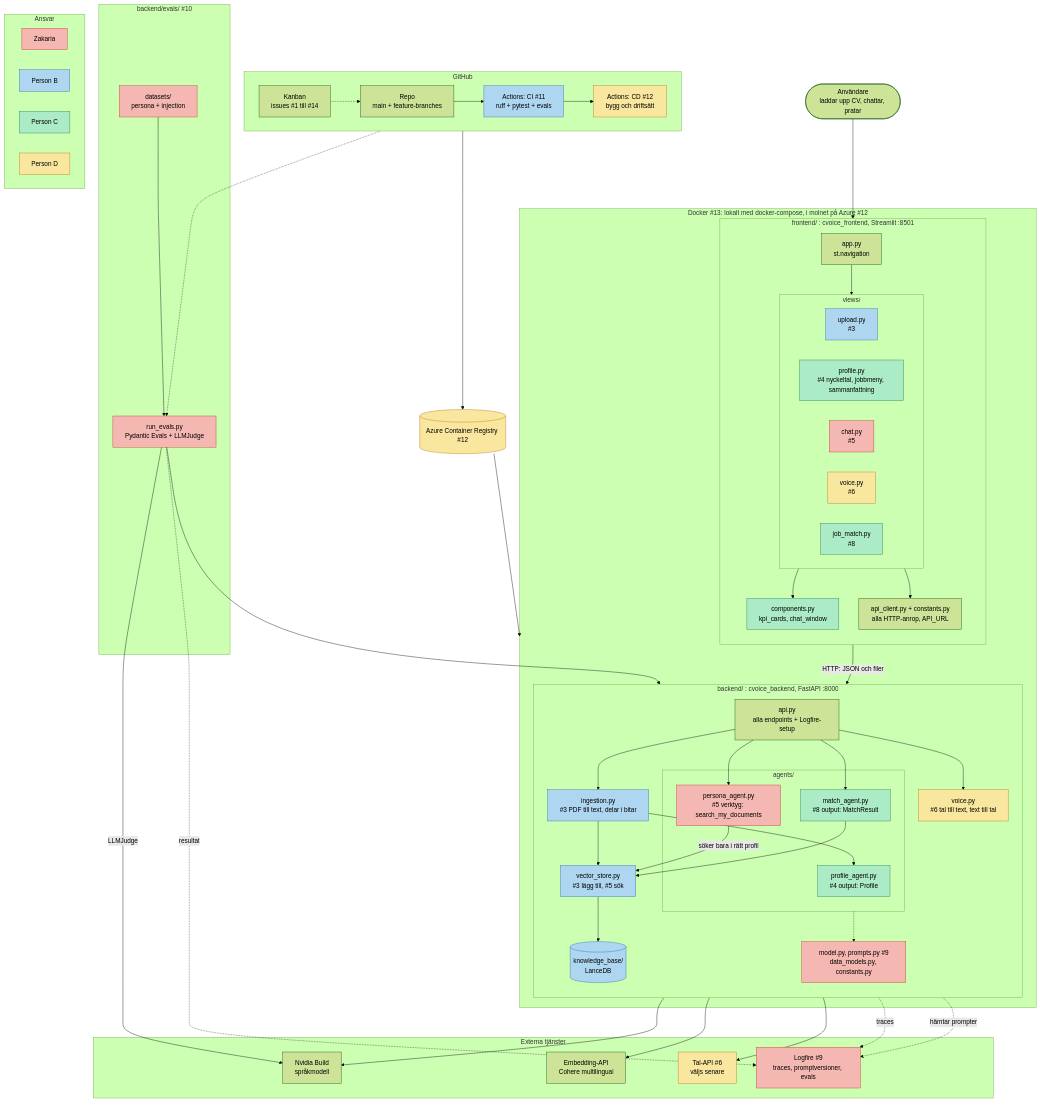
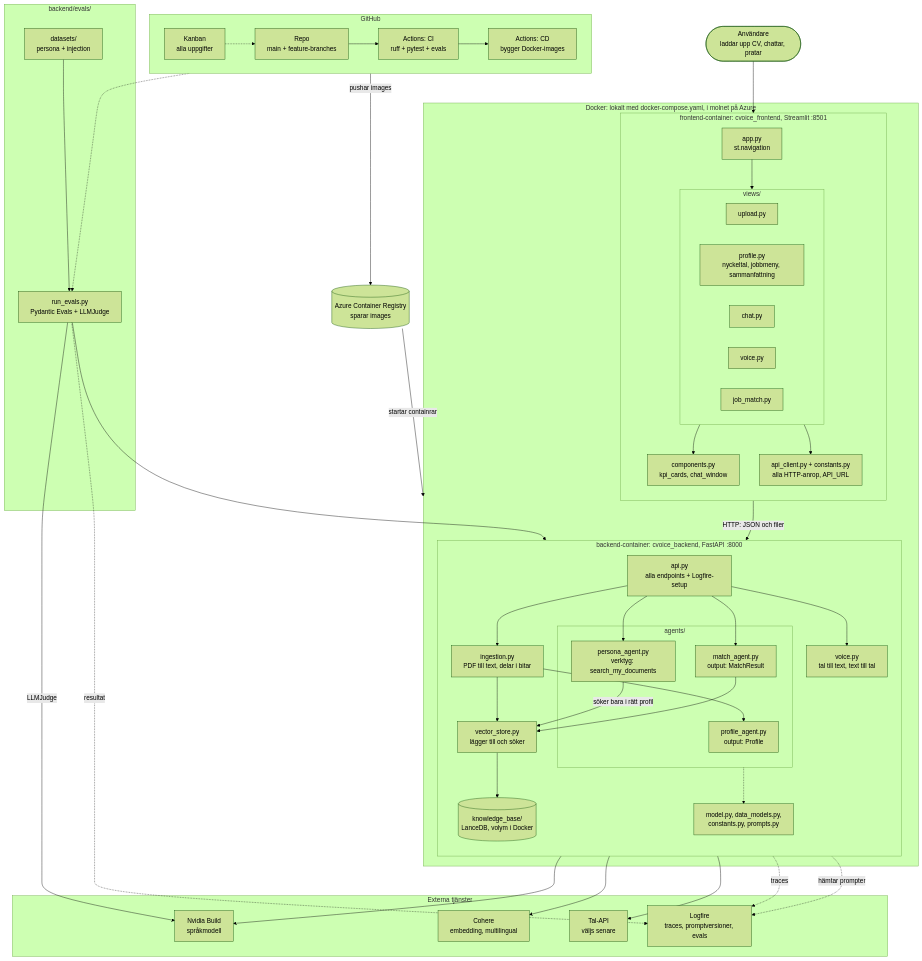
The diagram in docs/architecture/architecture.mmd (Zm-ah/Cvoice_Ai_ops_lab_group6), drawn with Mermaid (forest theme) before and after one commit. The commit also changed 10 other files, not shown here.

Commit message:
Add uv workspace, model, data models and constants

```diff
--- a/docs/architecture/architecture.mmd
+++ b/docs/architecture/architecture.mmd
@@ -1,104 +1,86 @@
 flowchart TB
     user(["Användare<br/>laddar upp CV, chattar, pratar"])
 
     subgraph gh["GitHub"]
         direction LR
-        kanban["Kanban<br/>issues #1 till #14"]
+        kanban["Kanban<br/>alla uppgifter"]
         repo["Repo<br/>main + feature-branches"]
-        ci["Actions: CI #11<br/>ruff + pytest + evals"]
-        cd["Actions: CD #12<br/>bygg och driftsätt"]
+        ci["Actions: CI<br/>ruff + pytest + evals"]
+        cd["Actions: CD<br/>bygger Docker-images"]
         kanban -.-> repo
         repo --> ci --> cd
     end
 
-    acr[("Azure Container Registry #12")]
+    acr[("Azure Container Registry<br/>sparar images")]
 
-    subgraph runtime["Docker #13: lokalt med docker-compose, i molnet på Azure #12"]
-        subgraph fe["frontend/ : cvoice_frontend, Streamlit :8501"]
+    subgraph runtime["Docker: lokalt med docker-compose.yaml, i molnet på Azure"]
+        subgraph fe["frontend-container: cvoice_frontend, Streamlit :8501"]
             direction TB
             app["app.py<br/>st.navigation"]
             subgraph views["views/"]
-                v_upload["upload.py<br/>#3"]
-                v_profile["profile.py<br/>#4 nyckeltal, jobbmeny, sammanfattning"]
-                v_chat["chat.py<br/>#5"]
-                v_voice["voice.py<br/>#6"]
-                v_match["job_match.py<br/>#8"]
+                v_upload["upload.py"]
+                v_profile["profile.py<br/>nyckeltal, jobbmeny, sammanfattning"]
+                v_chat["chat.py"]
+                v_voice["voice.py"]
+                v_match["job_match.py"]
             end
             comps["components.py<br/>kpi_cards, chat_window"]
             client["api_client.py + constants.py<br/>alla HTTP-anrop, API_URL"]
             app --> views
             views --> comps
             views --> client
         end
 
-        subgraph be["backend/ : cvoice_backend, FastAPI :8000"]
+        subgraph be["backend-container: cvoice_backend, FastAPI :8000"]
             direction TB
             api["api.py<br/>alla endpoints + Logfire-setup"]
-            ingest["ingestion.py<br/>#3 PDF till text, delar i bitar"]
+            ingest["ingestion.py<br/>PDF till text, delar i bitar"]
             subgraph agents["agents/"]
-                a_prof["profile_agent.py<br/>#4 output: Profile"]
-                a_pers["persona_agent.py<br/>#5 verktyg: search_my_documents"]
-                a_match["match_agent.py<br/>#8 output: MatchResult"]
+                a_prof["profile_agent.py<br/>output: Profile"]
+                a_pers["persona_agent.py<br/>verktyg: search_my_documents"]
+                a_match["match_agent.py<br/>output: MatchResult"]
             end
-            voicef["voice.py<br/>#6 tal till text, text till tal"]
-            vstore["vector_store.py<br/>#3 lägg till, #5 sök"]
-            shared["model.py, prompts.py #9<br/>data_models.py, constants.py"]
-            lancedb[("knowledge_base/<br/>LanceDB")]
+            voicef["voice.py<br/>tal till text, text till tal"]
+            vstore["vector_store.py<br/>lägger till och söker"]
+            shared["model.py, data_models.py,<br/>constants.py, prompts.py"]
+            lancedb[("knowledge_base/<br/>LanceDB, volym i Docker")]
 
             api --> ingest
             ingest --> a_prof
             ingest --> vstore
             api --> a_pers
             a_pers -->|"söker bara i rätt profil"| vstore
             api --> a_match
             a_match --> vstore
             api --> voicef
             vstore --> lancedb
             agents -.-> shared
         end
     end
 
-    subgraph evalsbox["backend/evals/ #10"]
+    subgraph evalsbox["backend/evals/"]
         datasets["datasets/<br/>persona + injection"]
         run_evals["run_evals.py<br/>Pydantic Evals + LLMJudge"]
         datasets --> run_evals
     end
 
     subgraph ext["Externa tjänster"]
         nvidia["Nvidia Build<br/>språkmodell"]
-        embapi["Embedding-API<br/>Cohere multilingual"]
-        speech["Tal-API #6<br/>väljs senare"]
-        logfire["Logfire #9<br/>traces, promptversioner, evals"]
-    end
-
-    subgraph legend["Ansvar"]
-        direction LR
-        L1["Zakaria"]
-        L2["Person B"]
-        L3["Person C"]
-        L4["Person D"]
+        embapi["Cohere<br/>embedding, multilingual"]
+        speech["Tal-API<br/>väljs senare"]
+        logfire["Logfire<br/>traces, promptversioner, evals"]
     end
 
     user --> app
     client -->|"HTTP: JSON och filer"| api
     shared --> nvidia
     vstore --> embapi
     voicef --> speech
     api -.->|"traces"| logfire
     shared -.->|"hämtar prompter"| logfire
     run_evals --> a_pers
     run_evals -->|"LLMJudge"| nvidia
     run_evals -.->|"resultat"| logfire
     ci -.-> run_evals
-    cd --> acr
-    acr --> runtime
-
-    classDef zak fill:#f5b7b1,stroke:#c0392b,color:#000
-    classDef pb fill:#aed6f1,stroke:#2471a3,color:#000
-    classDef pc fill:#abebc6,stroke:#1e8449,color:#000
-    classDef pd fill:#f9e79f,stroke:#b9770e,color:#000
-
-    class L1,a_pers,v_chat,shared,logfire,run_evals,datasets zak
-    class L2,v_upload,ingest,vstore,lancedb,ci pb
-    class L3,a_prof,v_profile,comps,a_match,v_match pc
-    class L4,voicef,v_voice,speech,cd,acr pd
+    cd -->|"pushar images"| acr
+    acr -->|"startar containrar"| runtime
```
